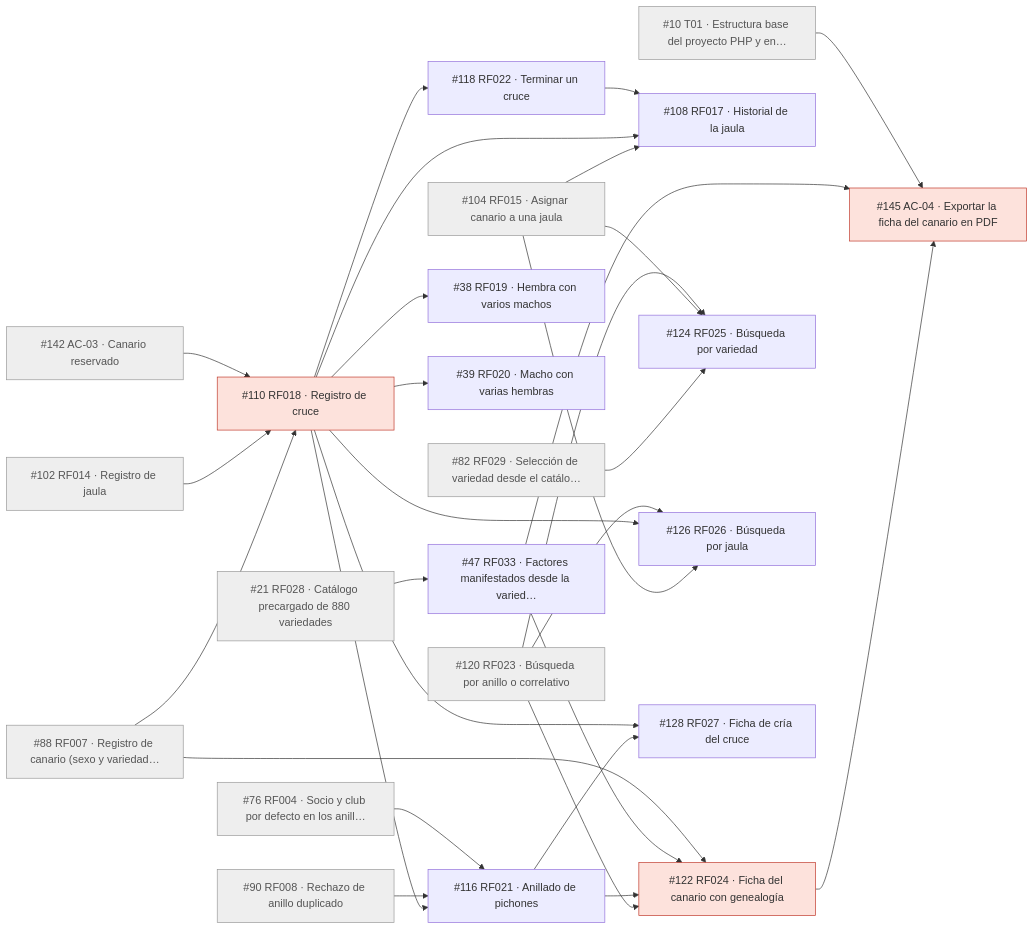
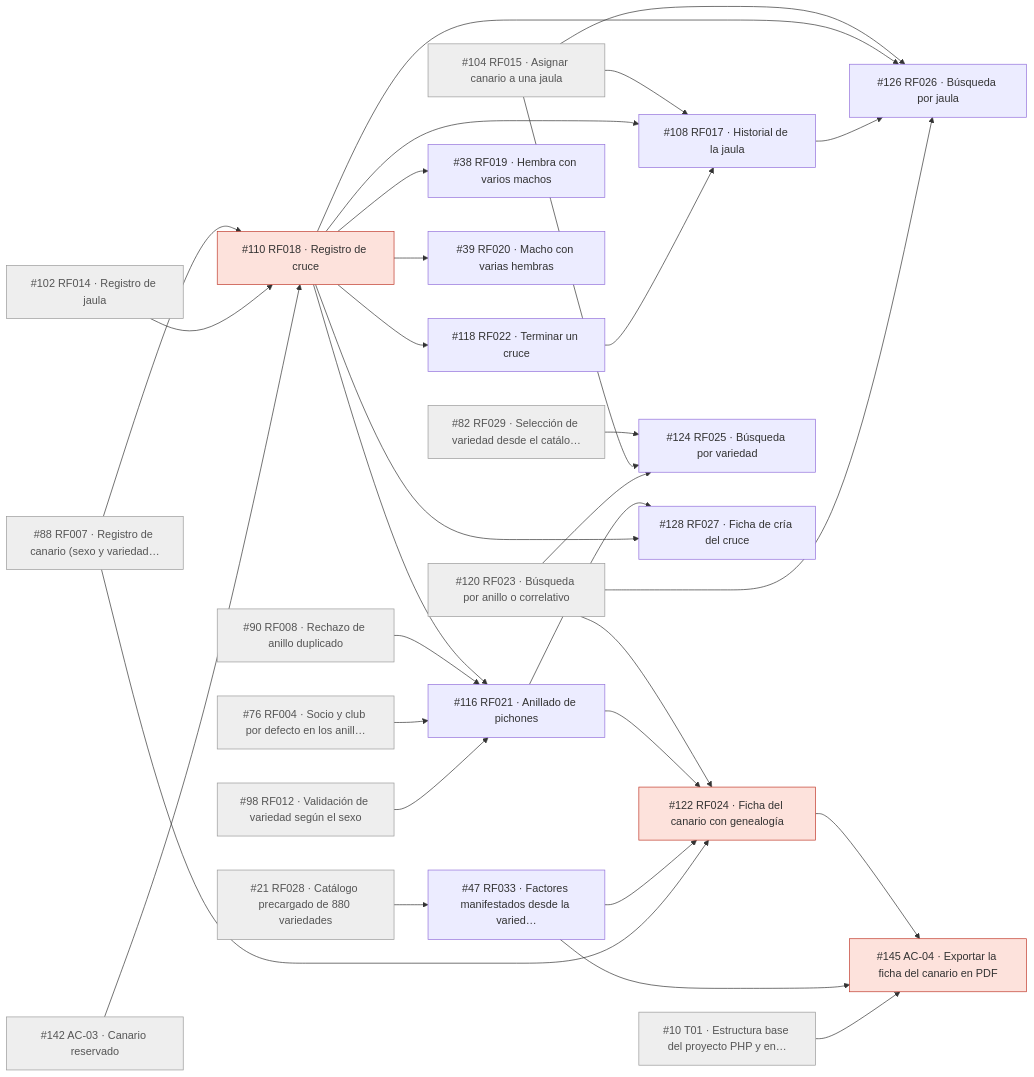
The fourth of 11 diagrams in docs/guia-issues.md (JereR1621/sistema-gestion-criadero-canarios), drawn with Mermaid before and after one commit. The commit also changed other lines of this file and 4 other files, not shown here.

````diff
--- a/docs/guia-issues.md
+++ b/docs/guia-issues.md
@@ -174,55 +175,58 @@
 ```mermaid
 flowchart LR
     n10["#10 T01 · Estructura base del proyecto PHP y en…"]:::antes
     n21["#21 RF028 · Catálogo precargado de 880 variedades"]:::antes
     n76["#76 RF004 · Socio y club por defecto en los anill…"]:::antes
     n82["#82 RF029 · Selección de variedad desde el catálo…"]:::antes
     n88["#88 RF007 · Registro de canario (sexo y variedad…"]:::antes
     n90["#90 RF008 · Rechazo de anillo duplicado"]:::antes
+    n98["#98 RF012 · Validación de variedad según el sexo"]:::antes
     n102["#102 RF014 · Registro de jaula"]:::antes
     n104["#104 RF015 · Asignar canario a una jaula"]:::antes
     n120["#120 RF023 · Búsqueda por anillo o correlativo"]:::antes
     n142["#142 AC-03 · Canario reservado"]:::antes
     n38["#38 RF019 · Hembra con varios machos"]
     n39["#39 RF020 · Macho con varias hembras"]
     n47["#47 RF033 · Factores manifestados desde la varied…"]
     n108["#108 RF017 · Historial de la jaula"]
     n110["#110 RF018 · Registro de cruce"]:::ajuste
     n116["#116 RF021 · Anillado de pichones"]
     n118["#118 RF022 · Terminar un cruce"]
     n122["#122 RF024 · Ficha del canario con genealogía"]:::ajuste
     n124["#124 RF025 · Búsqueda por variedad"]
     n126["#126 RF026 · Búsqueda por jaula"]
     n128["#128 RF027 · Ficha de cría del cruce"]
     n145["#145 AC-04 · Exportar la ficha del canario en PDF"]:::ajuste
     n110 --> n38
     n110 --> n39
     n21 --> n47
     n104 --> n108
     n110 --> n108
     n118 --> n108
     n88 --> n110
     n102 --> n110
     n142 --> n110
     n110 --> n116
     n90 --> n116
     n76 --> n116
+    n98 --> n116
     n110 --> n118
     n120 --> n122
     n116 --> n122
     n47 --> n122
     n88 --> n122
     n82 --> n124
     n104 --> n124
     n120 --> n124
     n104 --> n126
     n110 --> n126
+    n108 --> n126
     n120 --> n126
     n116 --> n128
     n110 --> n128
     n122 --> n145
     n47 --> n145
     n10 --> n145
     classDef antes fill:#eeeeee,stroke:#999999,color:#555555
     classDef ajuste fill:#fde2dc,stroke:#c0392b
 ```
````
